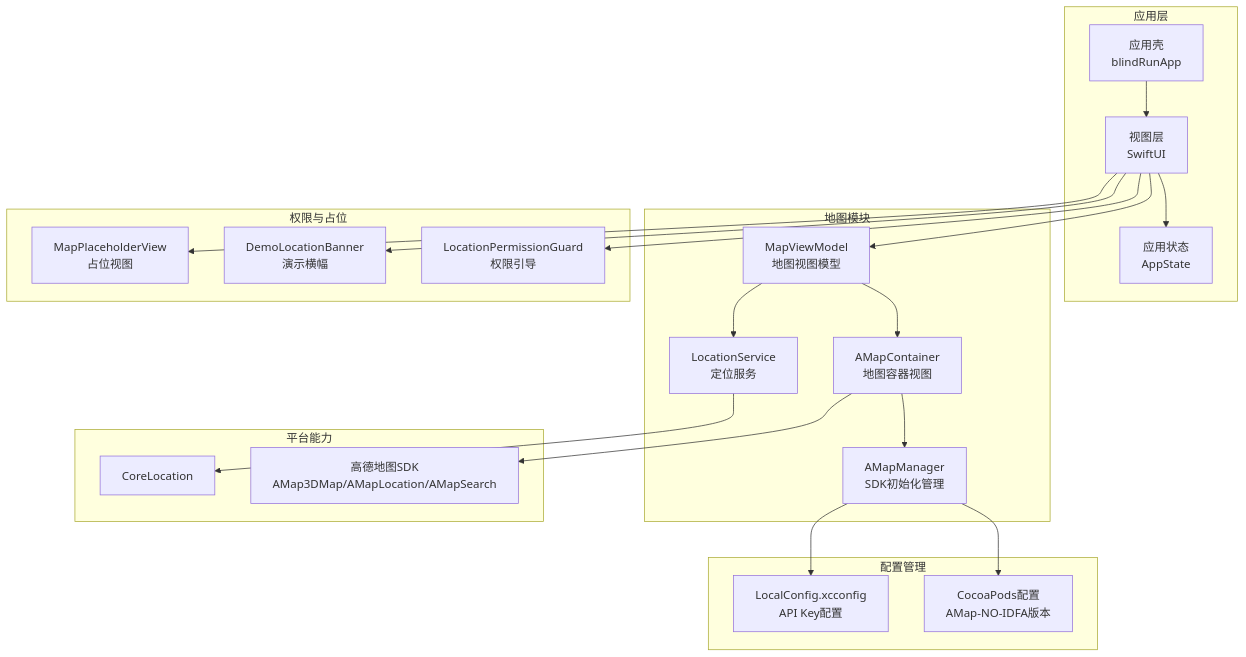
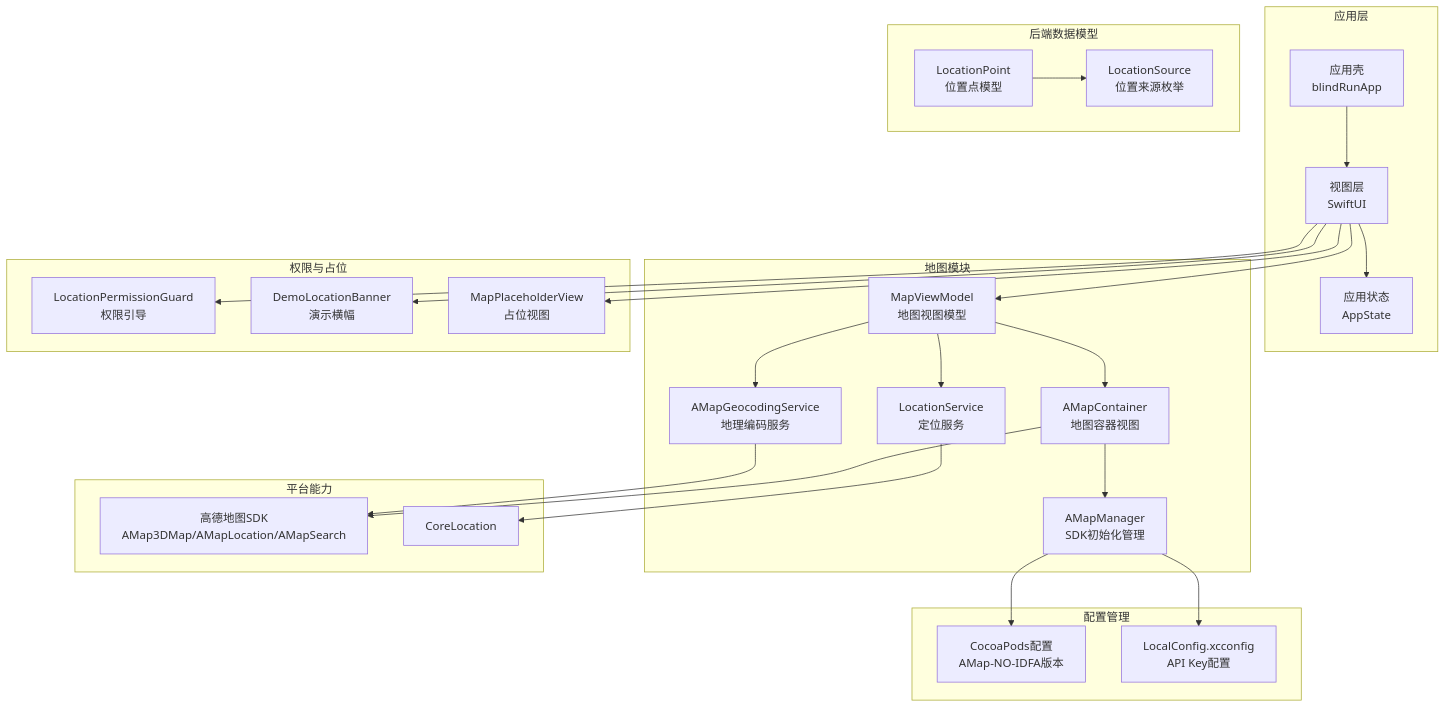
Before and after one commit to Jayden23018/blind-run-ios: the first of 6 diagrams in .qoder/repowiki/zh/content/核心功能模块/地图与定位服务.md, drawn with Mermaid. The commit also changed other lines of this file and 14 other files, not shown here.

Commit message:
Improve blind runner booking map and speech input flows

````diff
--- a/.qoder/repowiki/zh/content/核心功能模块/地图与定位服务.md
+++ b/.qoder/repowiki/zh/content/核心功能模块/地图与定位服务.md
@@ -62,40 +67,48 @@
 ```mermaid
 graph TB
 subgraph "应用层"
 App["应用壳<br/>blindRunApp"]
 Views["视图层<br/>SwiftUI"]
 AppState["应用状态<br/>AppState"]
 end
 subgraph "地图模块"
 AMapMgr["AMapManager<br/>SDK初始化管理"]
 AMapContainer["AMapContainer<br/>地图容器视图"]
+AMapGeo["AMapGeocodingService<br/>地理编码服务"]
 MapVM["MapViewModel<br/>地图视图模型"]
 LocationSvc["LocationService<br/>定位服务"]
 end
 subgraph "权限与占位"
 PermGuard["LocationPermissionGuard<br/>权限引导"]
 DemoBanner["DemoLocationBanner<br/>演示横幅"]
 MapPlaceholder["MapPlaceholderView<br/>占位视图"]
 end
 subgraph "平台能力"
 AMapSDK["高德地图SDK<br/>AMap3DMap/AMapLocation/AMapSearch"]
 CoreLocation["CoreLocation"]
 end
 subgraph "配置管理"
 Podfile["CocoaPods配置<br/>AMap-NO-IDFA版本"]
 XCConfig["LocalConfig.xcconfig<br/>API Key配置"]
 end
+subgraph "后端数据模型"
+LocationPoint["LocationPoint<br/>位置点模型"]
+LocationSource["LocationSource<br/>位置来源枚举"]
+end
 App --> Views
 Views --> AppState
 Views --> MapVM
 MapVM --> AMapContainer
 MapVM --> LocationSvc
+MapVM --> AMapGeo
 AMapContainer --> AMapMgr
 AMapContainer --> AMapSDK
+AMapGeo --> AMapSDK
 LocationSvc --> CoreLocation
 Views --> PermGuard
 Views --> DemoBanner
 Views --> MapPlaceholder
 AMapMgr --> Podfile
 AMapMgr --> XCConfig
+LocationPoint --> LocationSource
 ```
````
